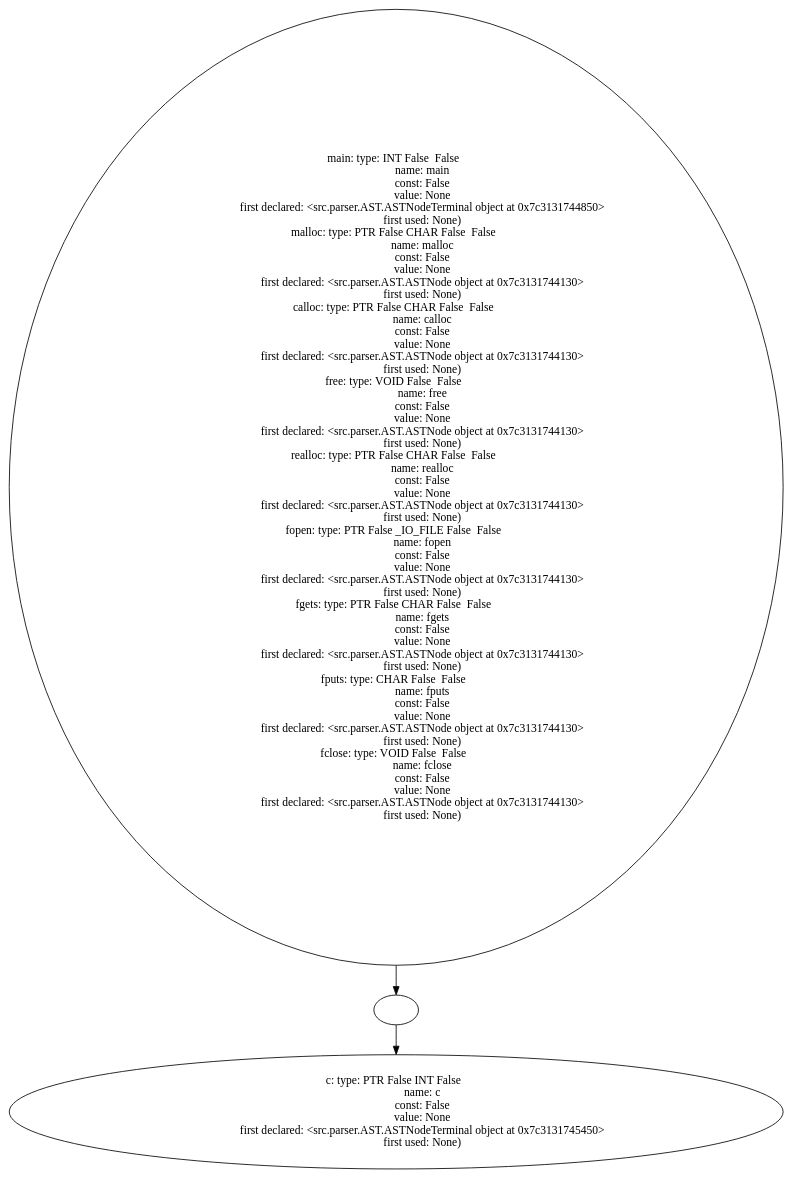
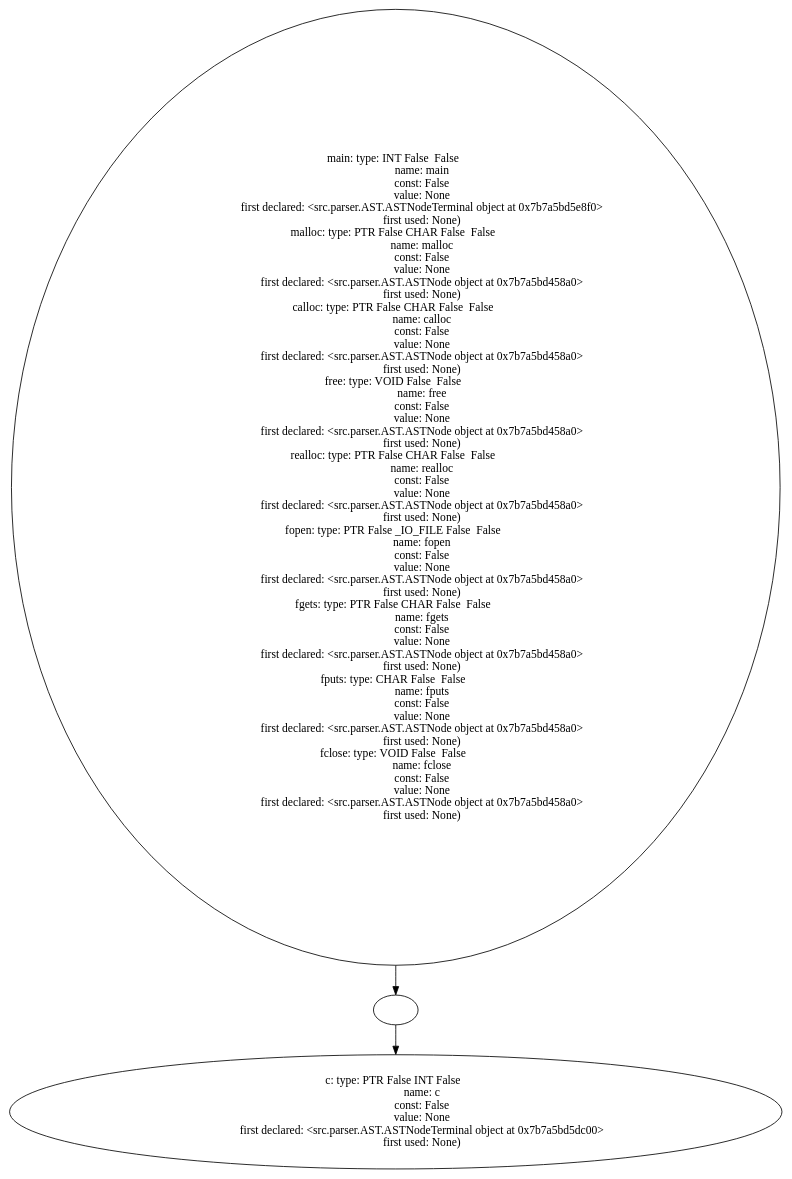
Before and after one commit to Are-you-listening/Compilers: the diagram in example_source_files/40_array_initialization/40_array_initialization_table.dot, drawn with Graphviz. The commit also changed 324 other files, not shown here.

```diff
--- a/example_source_files/40_array_initialization/40_array_initialization_table.dot
+++ b/example_source_files/40_array_initialization/40_array_initialization_table.dot
@@ -1,65 +1,65 @@
 digraph AST {
-  "136550725040208" [label="main: type: INT False  False  
+  "135765456966832" [label="main: type: INT False  False  
                    name: main
                    const: False
                    value: None
-                   first declared: <src.parser.AST.ASTNodeTerminal object at 0x7c3131744850>
+                   first declared: <src.parser.AST.ASTNodeTerminal object at 0x7b7a5bd5e8f0>
                    first used: None)
 malloc: type: PTR False CHAR False  False  
                    name: malloc
                    const: False
                    value: None
-                   first declared: <src.parser.AST.ASTNode object at 0x7c3131744130>
+                   first declared: <src.parser.AST.ASTNode object at 0x7b7a5bd458a0>
                    first used: None)
 calloc: type: PTR False CHAR False  False  
                    name: calloc
                    const: False
                    value: None
-                   first declared: <src.parser.AST.ASTNode object at 0x7c3131744130>
+                   first declared: <src.parser.AST.ASTNode object at 0x7b7a5bd458a0>
                    first used: None)
 free: type: VOID False  False  
                    name: free
                    const: False
                    value: None
-                   first declared: <src.parser.AST.ASTNode object at 0x7c3131744130>
+                   first declared: <src.parser.AST.ASTNode object at 0x7b7a5bd458a0>
                    first used: None)
 realloc: type: PTR False CHAR False  False  
                    name: realloc
                    const: False
                    value: None
-                   first declared: <src.parser.AST.ASTNode object at 0x7c3131744130>
+                   first declared: <src.parser.AST.ASTNode object at 0x7b7a5bd458a0>
                    first used: None)
 fopen: type: PTR False _IO_FILE False  False  
                    name: fopen
                    const: False
                    value: None
-                   first declared: <src.parser.AST.ASTNode object at 0x7c3131744130>
+                   first declared: <src.parser.AST.ASTNode object at 0x7b7a5bd458a0>
                    first used: None)
 fgets: type: PTR False CHAR False  False  
                    name: fgets
                    const: False
                    value: None
-                   first declared: <src.parser.AST.ASTNode object at 0x7c3131744130>
+                   first declared: <src.parser.AST.ASTNode object at 0x7b7a5bd458a0>
                    first used: None)
 fputs: type: CHAR False  False  
                    name: fputs
                    const: False
                    value: None
-                   first declared: <src.parser.AST.ASTNode object at 0x7c3131744130>
+                   first declared: <src.parser.AST.ASTNode object at 0x7b7a5bd458a0>
                    first used: None)
 fclose: type: VOID False  False  
                    name: fclose
                    const: False
                    value: None
-                   first declared: <src.parser.AST.ASTNode object at 0x7c3131744130>
+                   first declared: <src.parser.AST.ASTNode object at 0x7b7a5bd458a0>
                    first used: None)"];
-  "136550725040208" -> "136550725040160";
-  "136550725040160" [label=""];
-  "136550725040160" -> "136550725033440";
-  "136550725033440" [label="c: type: PTR False INT False  
+  "135765456966832" -> "135765456966784";
+  "135765456966784" [label=""];
+  "135765456966784" -> "135765456965776";
+  "135765456965776" [label="c: type: PTR False INT False  
                    name: c
                    const: False
                    value: None
-                   first declared: <src.parser.AST.ASTNodeTerminal object at 0x7c3131745450>
+                   first declared: <src.parser.AST.ASTNodeTerminal object at 0x7b7a5bd5dc00>
                    first used: None)"];
 }
```
